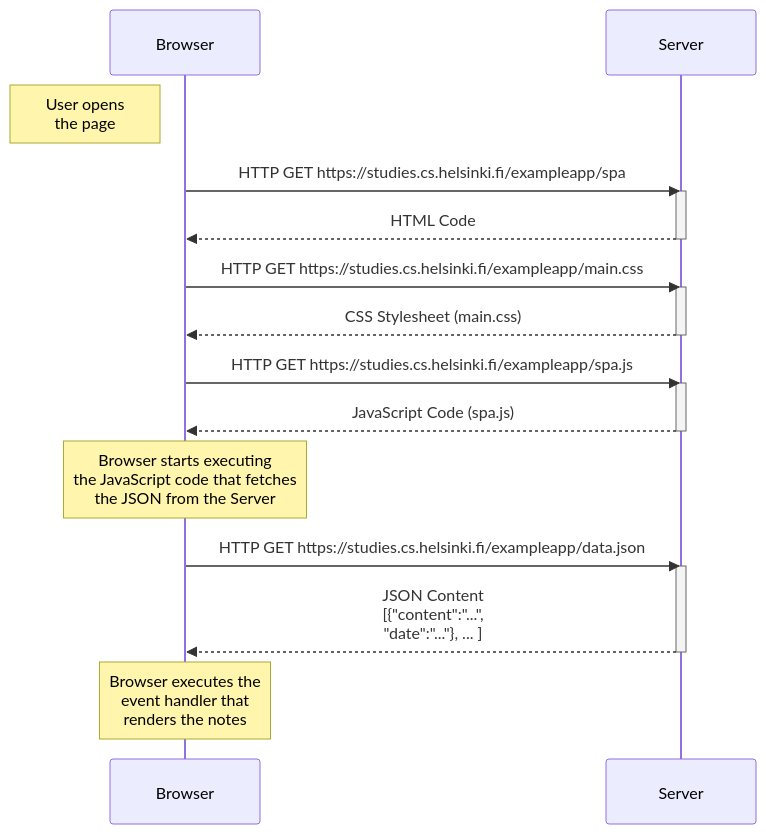
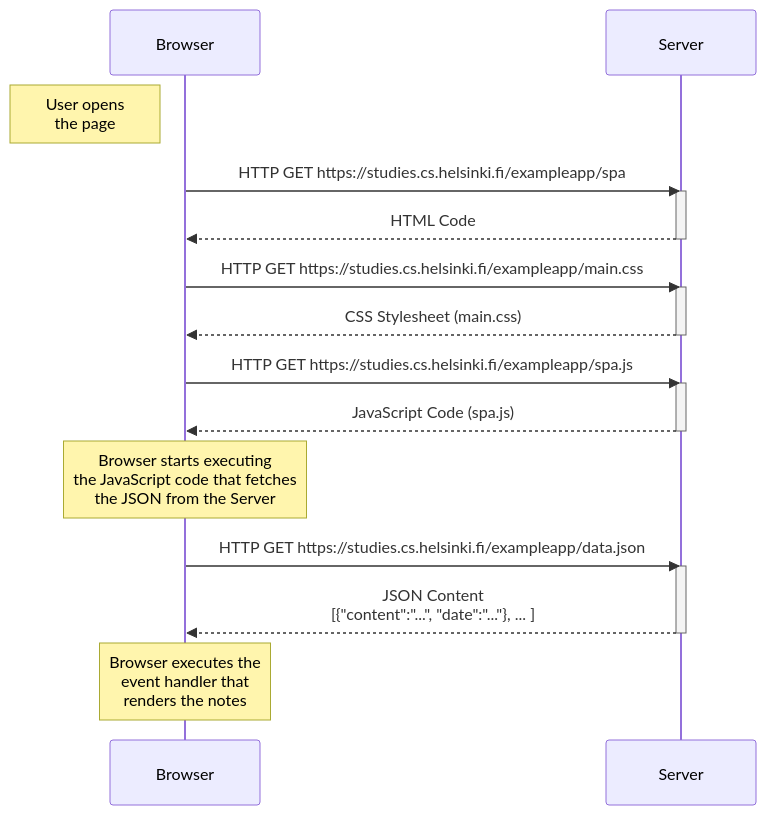
One commit to Morenoo1105/FullStackOpen changed the diagram in part0/0.5_spa.md. Above: the diagram before and after it, drawn with Mermaid.

````diff
--- a/part0/0.5_spa.md
+++ b/part0/0.5_spa.md
@@ -1,31 +1,31 @@
 ```mermaid
 sequenceDiagram
     participant Browser
     participant Server
 
     Note left of Browser: User opens<br/>the page
     Browser->>Server: HTTP GET https://studies.cs.helsinki.fi/exampleapp/spa
     activate Server
     Server-->>Browser: HTML Code
     deactivate Server
 
     Browser->>Server: HTTP GET https://studies.cs.helsinki.fi/exampleapp/main.css
     activate Server
     Server-->>Browser: CSS Stylesheet (main.css)
     deactivate Server
 
     Browser->>Server: HTTP GET https://studies.cs.helsinki.fi/exampleapp/spa.js
     activate Server
     Server-->>Browser: JavaScript Code (spa.js)
     deactivate Server
 
 
     Note over Browser: Browser starts executing<br/>the JavaScript code that fetches<br/>the JSON from the Server
 
     Browser->>Server: HTTP GET https://studies.cs.helsinki.fi/exampleapp/data.json
     activate Server
-    Server-->>Browser: JSON Content <br/>[{"content":"...",<br/>"date":"..."}, ... ]
+    Server-->>Browser: JSON Content <br/>[{"content":"...", "date":"..."}, ... ]
     deactivate Server
 
     Note over Browser: Browser executes the<br/>event handler that<br/>renders the notes
 ```
````
